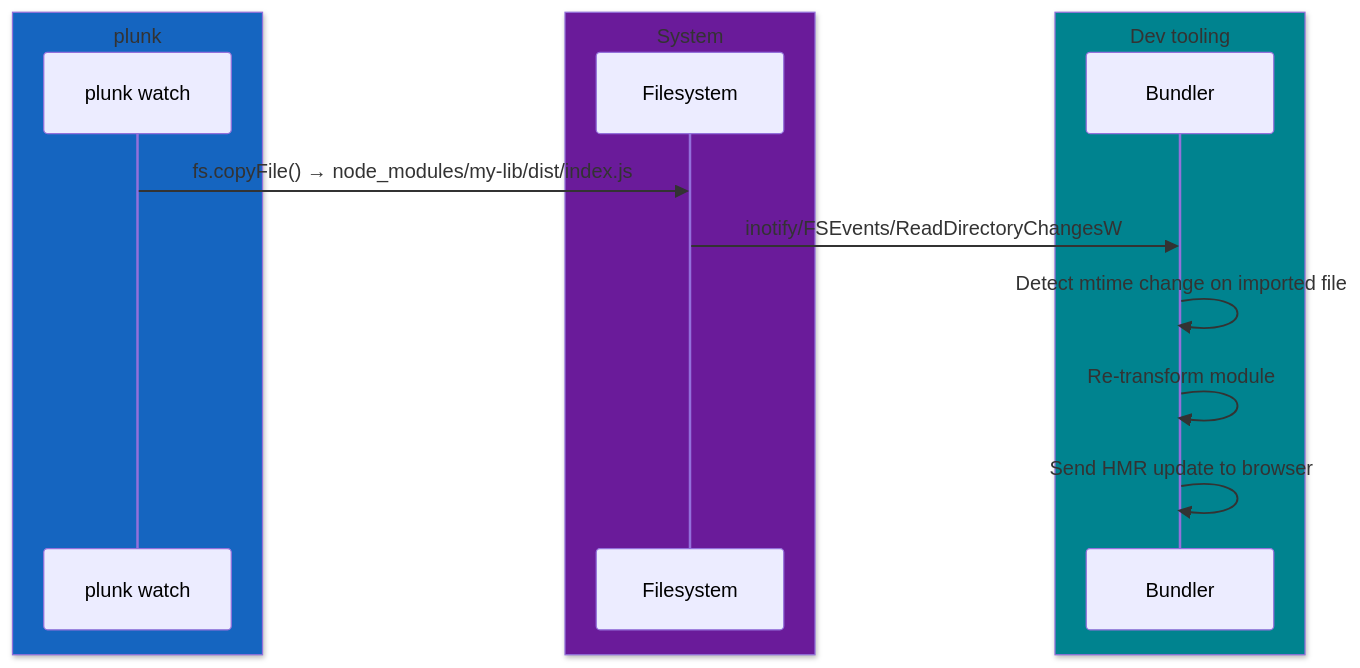
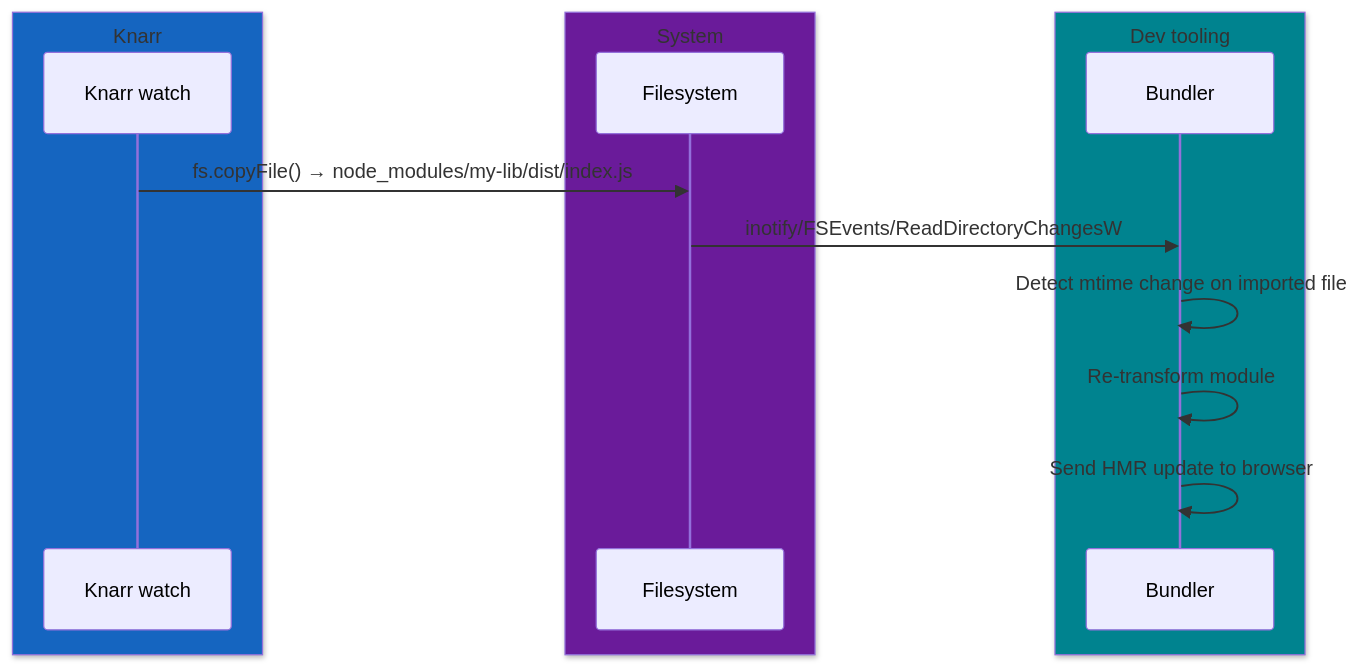
One commit to oleg-kuibar/plunk changed the first of 2 diagrams in docs/bundlers.md. Above: the diagram before and after it, drawn with Mermaid. The commit also changed other lines of this file and 135 other files, not shown here.

````diff
--- a/docs/bundlers.md
+++ b/docs/bundlers.md
@@ -7,18 +7,18 @@
 ```mermaid
 sequenceDiagram
-    box rgb(21,101,192) plunk
-        participant W as plunk watch
+    box rgb(21,101,192) Knarr
+        participant W as Knarr watch
     end
     box rgb(106,27,154) System
         participant FS as Filesystem
     end
     box rgb(0,131,143) Dev tooling
         participant B as Bundler
     end
 
     W->>FS: fs.copyFile() → node_modules/my-lib/dist/index.js
     FS->>B: inotify/FSEvents/ReadDirectoryChangesW
     B->>B: Detect mtime change on imported file
     B->>B: Re-transform module
     B->>B: Send HMR update to browser
 ```
````
